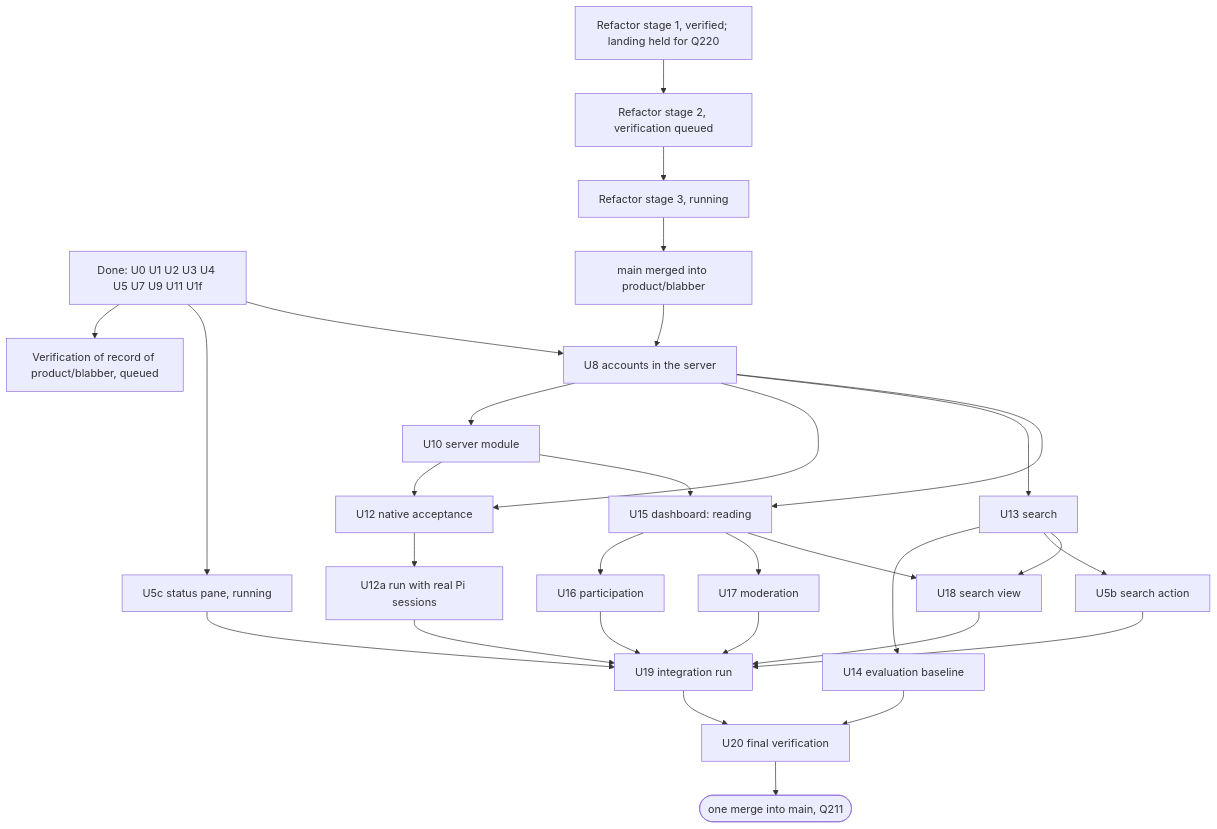
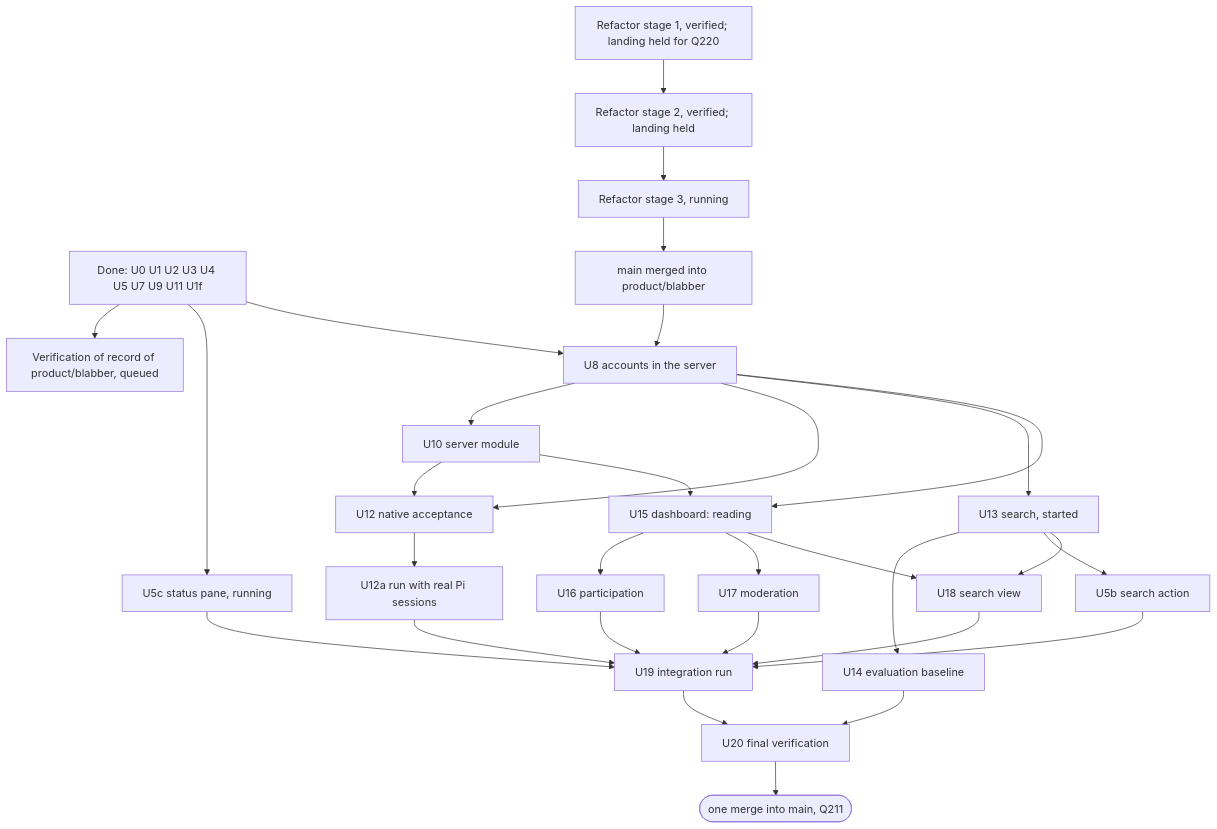
Before and after one commit to 7mind/ponygirls: the second of 2 diagrams in docs/drafts/20261127-1430-blabber-product-design.md, drawn with Mermaid. The commit also changed other lines of this file, not shown here.

Commit message:
docs: Blabber product design, revision 2: state as of the log's 19:18 entry (stage 2 and the Q215 fix verified, U13 started)

````diff
--- a/docs/drafts/20261127-1430-blabber-product-design.md
+++ b/docs/drafts/20261127-1430-blabber-product-design.md
@@ -2421,32 +2425,32 @@
 ```mermaid
 flowchart TD
   DONE[Done: U0 U1 U2 U3 U4 U5 U7 U9 U11 U1f] --> V[Verification of record of product/blabber, queued]
   DONE --> U5c[U5c status pane, running]
-  S1[Refactor stage 1, verified; landing held for Q220] --> S2[Refactor stage 2, verification queued]
+  S1[Refactor stage 1, verified; landing held for Q220] --> S2[Refactor stage 2, verified; landing held]
   S2 --> S3[Refactor stage 3, running]
   S3 --> M[main merged into product/blabber]
   M --> U8[U8 accounts in the server]
   DONE --> U8
   U8 --> U10[U10 server module]
   U8 --> U12[U12 native acceptance]
   U10 --> U12
   U12 --> U12a[U12a run with real Pi sessions]
-  U8 --> U13[U13 search]
+  U8 --> U13[U13 search, started]
   U13 --> U14[U14 evaluation baseline]
   U13 --> U5b[U5b search action]
   U8 --> U15[U15 dashboard: reading]
   U10 --> U15
   U15 --> U16[U16 participation]
   U15 --> U17[U17 moderation]
   U15 --> U18[U18 search view]
   U13 --> U18
   U12a --> U19[U19 integration run]
   U5c --> U19
   U5b --> U19
   U16 --> U19
   U17 --> U19
   U18 --> U19
   U14 --> U20[U20 final verification]
   U19 --> U20
   U20 --> L([one merge into main, Q211])
 ```
````
